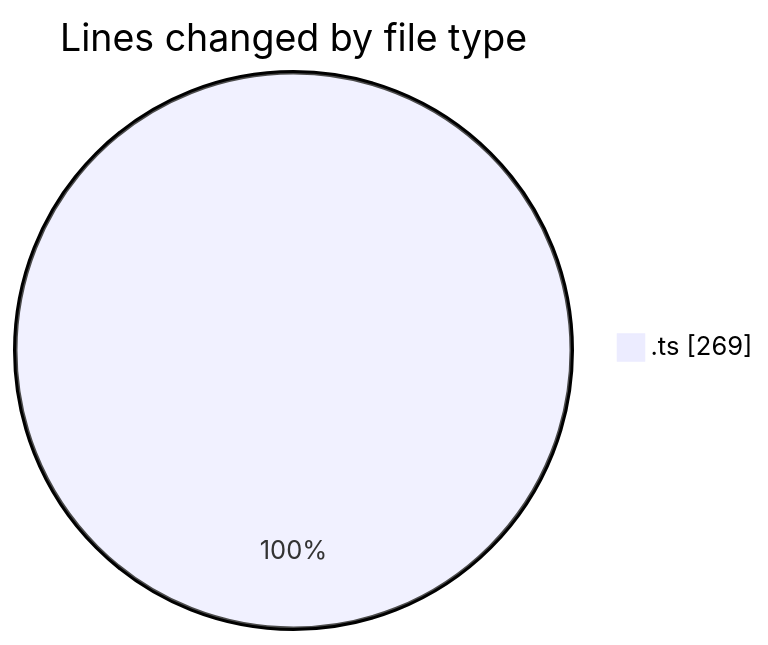
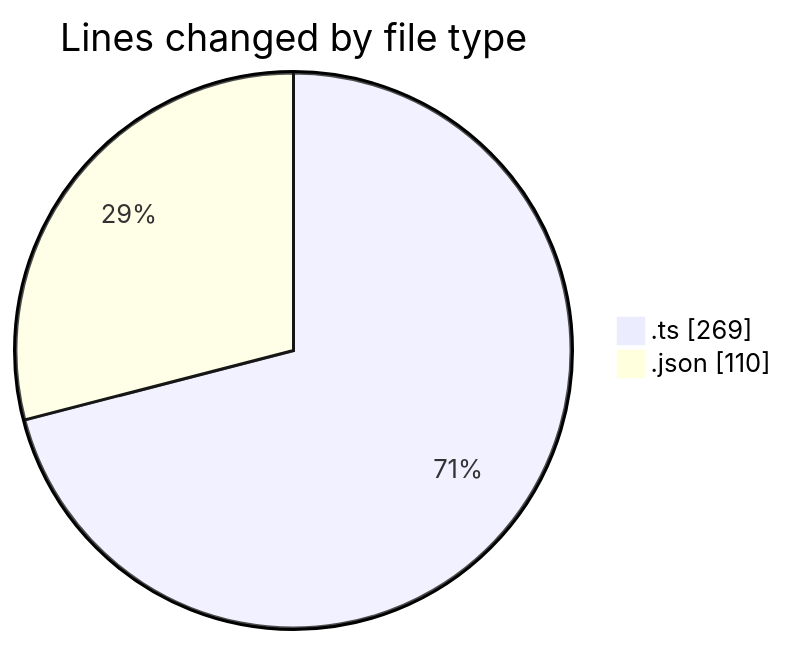
The first of 2 diagrams in 2026-11-04/cda/README.md (momahboobian/code-tracking), drawn with Mermaid before and after one commit. The commit also changed other lines of this file and 1 other file, not shown here.

````diff
--- a/2026-11-04/cda/README.md
+++ b/2026-11-04/cda/README.md
@@ -20,5 +21,6 @@
 ```mermaid
 pie showData
 title Lines changed by file type
 ".ts" : 269
+".json" : 110
 ```
````
